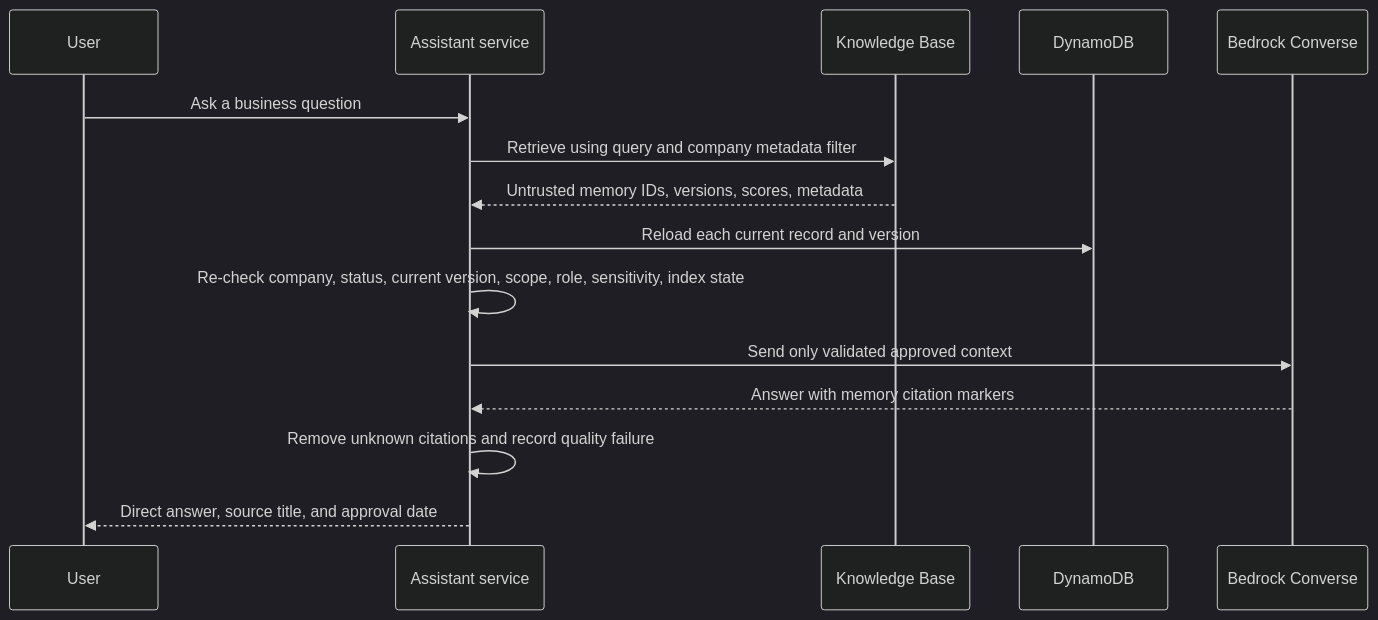
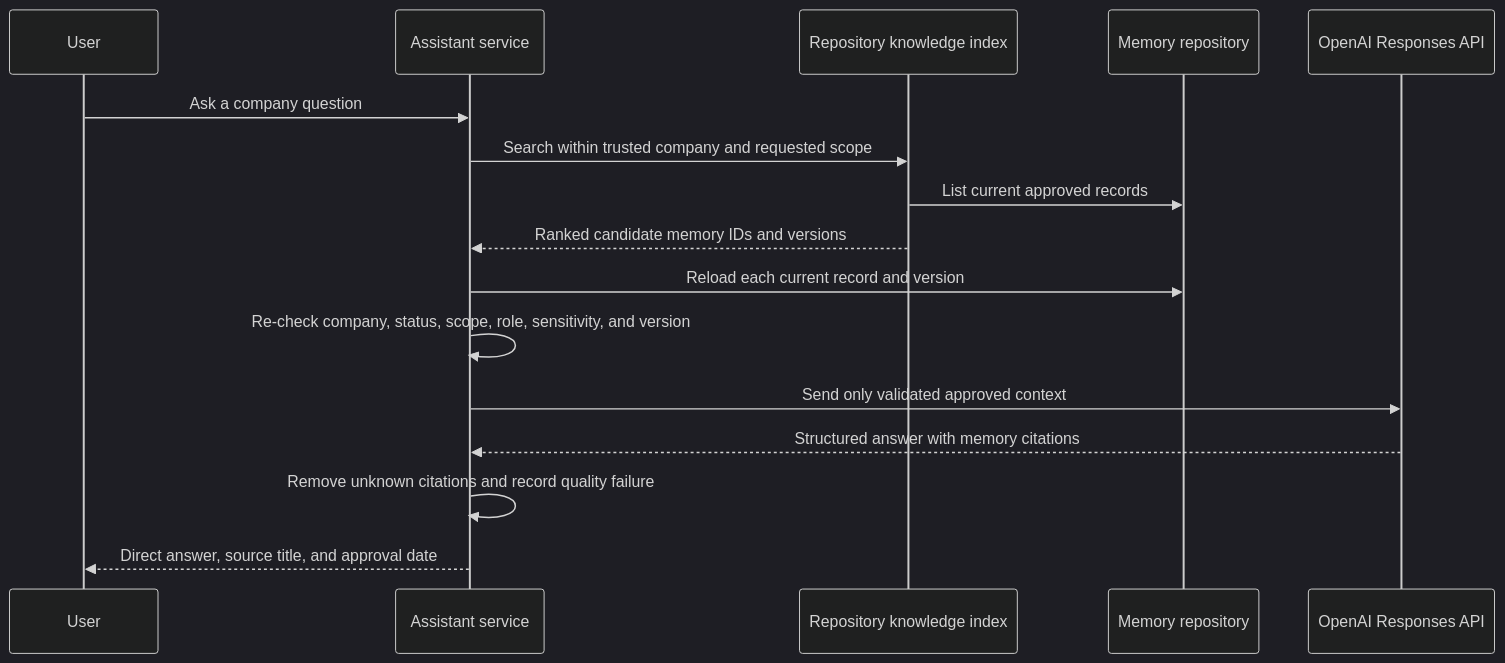
Before and after one commit to NCK-Agency/MyLittleCompany: the third of 3 diagrams in docs/ARCHITECTURE.md, drawn with Mermaid (dark theme). The commit also changed other lines of this file and 97 other files, not shown here.

````diff
--- a/docs/ARCHITECTURE.md
+++ b/docs/ARCHITECTURE.md
@@ -189,18 +177,19 @@
 ```mermaid
 sequenceDiagram
     participant User
     participant App as Assistant service
-    participant KB as Knowledge Base
-    participant DB as DynamoDB
-    participant Model as Bedrock Converse
+    participant Index as Repository knowledge index
+    participant DB as Memory repository
+    participant Model as OpenAI Responses API
 
-    User->>App: Ask a business question
-    App->>KB: Retrieve using query and company metadata filter
-    KB-->>App: Untrusted memory IDs, versions, scores, metadata
+    User->>App: Ask a company question
+    App->>Index: Search within trusted company and requested scope
+    Index->>DB: List current approved records
+    Index-->>App: Ranked candidate memory IDs and versions
     App->>DB: Reload each current record and version
-    App->>App: Re-check company, status, current version, scope, role, sensitivity, index state
+    App->>App: Re-check company, status, scope, role, sensitivity, and version
     App->>Model: Send only validated approved context
-    Model-->>App: Answer with memory citation markers
+    Model-->>App: Structured answer with memory citations
     App->>App: Remove unknown citations and record quality failure
     App-->>User: Direct answer, source title, and approval date
 ```
````
